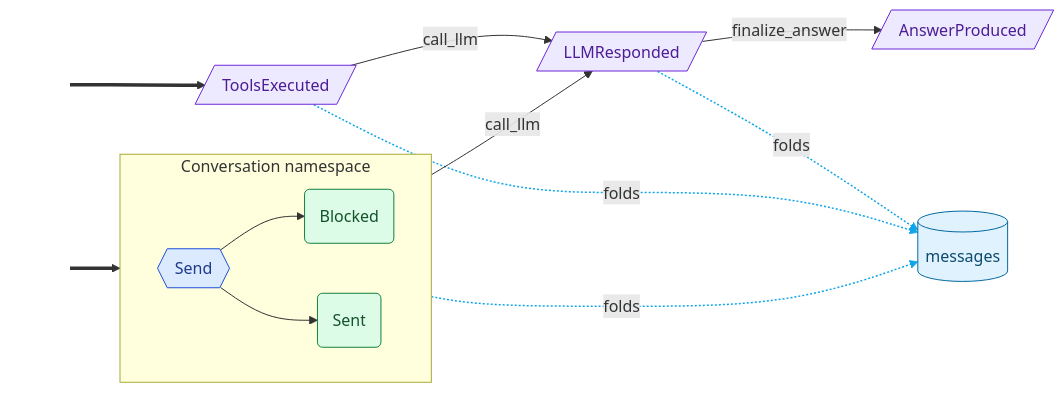
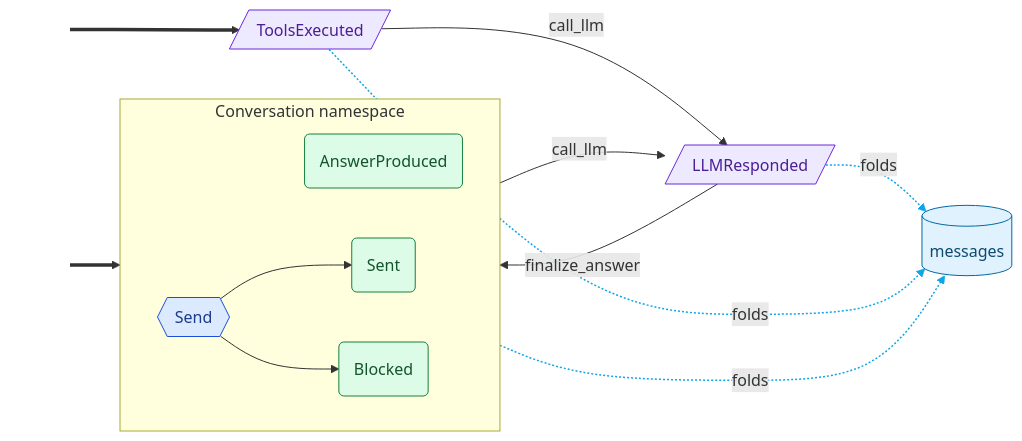
The second of 2 diagrams in examples/conversation.graph.md (cadance-io/langgraph-events), drawn with Mermaid before and after one commit. The commit also changed other lines of this file and 18 other files, not shown here.

First line of the commit message:
refactor!: delete the Auditable mixin and its trail() method (#206)

````diff
--- a/examples/conversation.graph.md
+++ b/examples/conversation.graph.md
@@ -58,33 +58,33 @@
 ```mermaid
 graph LR
     classDef entry fill:none,stroke:none,color:none
     classDef cmd fill:#dbeafe,stroke:#1d4ed8,color:#1e3a8a
     classDef devt fill:#dcfce7,stroke:#15803d,color:#14532d
     classDef intg fill:#ede9fe,stroke:#6d28d9,color:#4c1d95
     classDef syst fill:#fef3c7,stroke:#b45309,color:#78350f
     classDef halt fill:#fef3c7,stroke:#b45309,color:#78350f,stroke-width:3px,stroke-dasharray:4 2
     classDef inv fill:#ffedd5,stroke:#c2410c,color:#7c2d12
     classDef reducer fill:#e0f2fe,stroke:#0369a1,color:#0c4a6e
     subgraph Conversation["Conversation namespace"]
         direction LR
+        AnswerProduced(AnswerProduced):::devt
         Blocked(Blocked):::devt
         Send{{Send}}:::cmd
         Sent(Sent):::devt
     end
-    AnswerProduced[/AnswerProduced/]:::intg
     LLMResponded[/LLMResponded/]:::intg
     ToolsExecuted[/ToolsExecuted/]:::intg
     _reducer_messages[(messages)]:::reducer
     _e0_[ ]:::entry ==> Send
     _e1_[ ]:::entry ==> ToolsExecuted
     Send --> Sent
     Send --> Blocked
     Sent -->|call_llm| LLMResponded
     ToolsExecuted -->|call_llm| LLMResponded
     LLMResponded -->|finalize_answer| AnswerProduced
     Sent -.->|folds| _reducer_messages
     LLMResponded -.->|folds| _reducer_messages
     ToolsExecuted -.->|folds| _reducer_messages
-%% Side-effect handlers: audit_trail (Auditable)
+%% Side-effect handlers: audit_trail (Event)
     linkStyle 7,8,9 stroke:#0ea5e9,stroke-width:1.5px,stroke-dasharray:2 2
 ```
````
